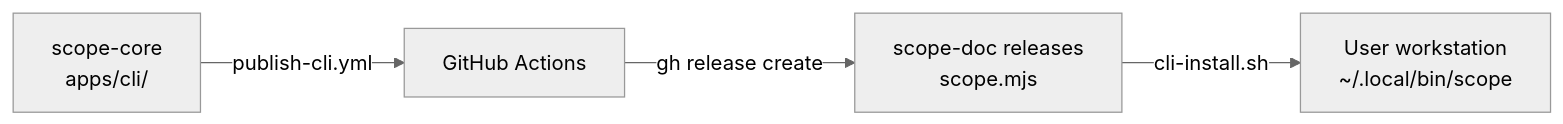
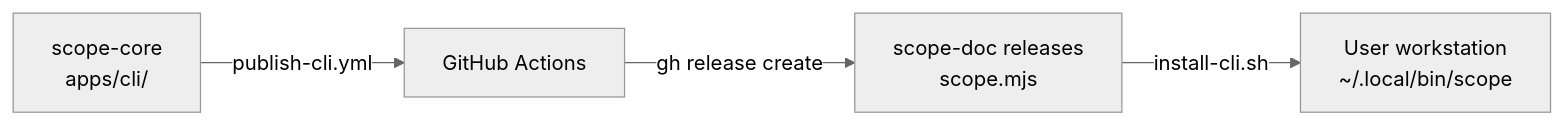
Before and after one commit to Gile987/scope: the diagram in docs/architecture/cli-distribution.md, drawn with Mermaid (neutral theme). The commit also changed other lines of this file and 3 other files, not shown here.

Commit message:
fix: rename cli-install.sh to install-cli.sh

````diff
--- a/docs/architecture/cli-distribution.md
+++ b/docs/architecture/cli-distribution.md
@@ -9,6 +9,6 @@
 ```mermaid
 flowchart LR
     A[scope-core<br/>apps/cli/] -->|publish-cli.yml| B[GitHub Actions]
     B -->|gh release create| C[scope-doc releases<br/>scope.mjs]
-    C -->|cli-install.sh| D[User workstation<br/>~/.local/bin/scope]
+    C -->|install-cli.sh| D[User workstation<br/>~/.local/bin/scope]
 ```
````
